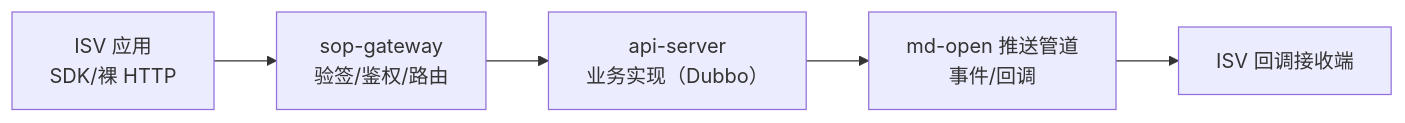
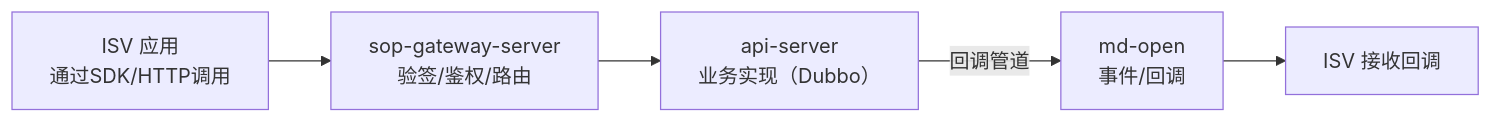
The third of 5 diagrams in src/doc/advanced/open/架构设计.md (henhen6/mdp-docs), drawn with Mermaid before and after one commit. The commit also changed other lines of this file and 15 other files, not shown here.

````diff
--- a/src/doc/advanced/open/架构设计.md
+++ b/src/doc/advanced/open/架构设计.md
@@ -48,7 +48,9 @@
 ```mermaid
 flowchart LR
-    A["ISV 应用<br/>SDK/裸 HTTP"] --> B["sop-gateway<br/>验签/鉴权/路由"]
+    A["ISV 应用<br/>通过SDK/HTTP调用"] --> B["sop-gateway-server<br/>验签/鉴权/路由"]
     B --> C["api-server<br/>业务实现（Dubbo）"]
-    C --> D["md-open 推送管道<br/>事件/回调"]
-    D --> E["ISV 回调接收端"]
+    D["md-open<br/>事件/回调"]
+    D --> E["ISV 接收回调"]
+    
+    C -->| 回调管道 | D
 ```
````
